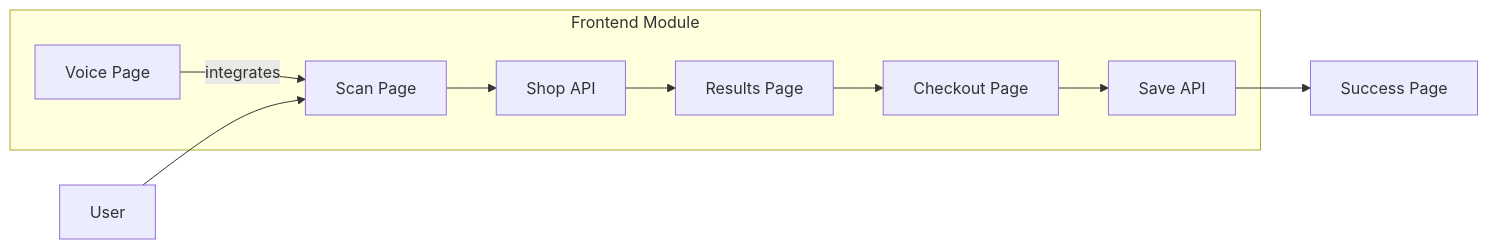
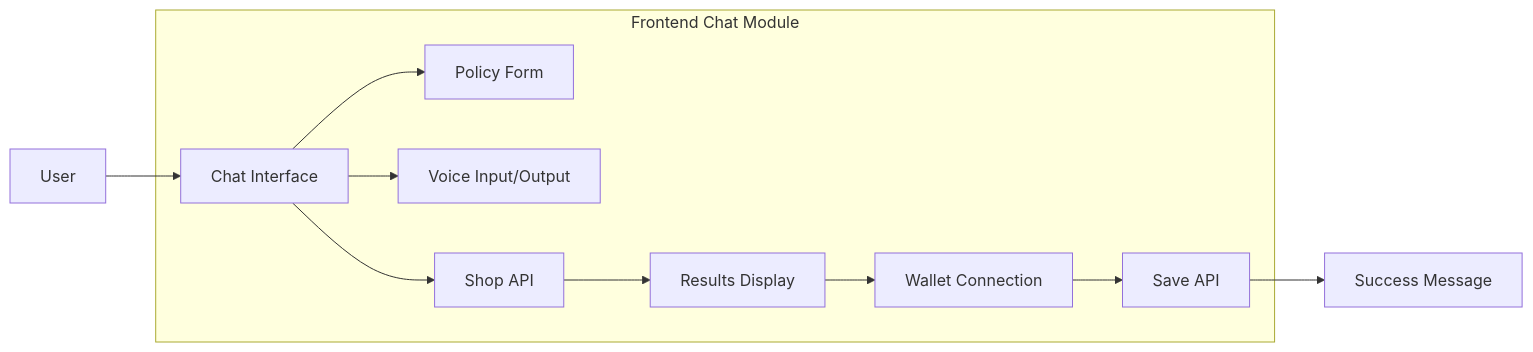
The diagram in src/frontend/README.md (enkayxyz/nsurecat-genesis001), drawn with Mermaid before and after one commit. The commit also changed other lines of this file and 18 other files, not shown here.

````diff
--- a/src/frontend/README.md
+++ b/src/frontend/README.md
@@ -7,12 +15,13 @@
 ```mermaid
 flowchart LR
-  subgraph Frontend[Frontend Module]
-    Scan[Scan Page] --> Shop[Shop API]
-    Results[Results Page] --> Checkout[Checkout Page]
-    Checkout --> Save[Save API]
-    Voice[Voice Page] --> |integrates| Scan
+  subgraph Frontend[Frontend Chat Module]
+    Chat[Chat Interface] --> Form[Policy Form]
+    Chat --> Voice[Voice Input/Output]
+    Chat --> Shop[Shop API]
+    Shop --> Results[Results Display]
+    Results --> Wallet[Wallet Connection]
+    Wallet --> Save[Save API]
   end
-  User --> Scan
-  Shop --> Results
-  Save --> Success[Success Page]
+  User --> Chat
+  Save --> Success[Success Message]
 ```
````
